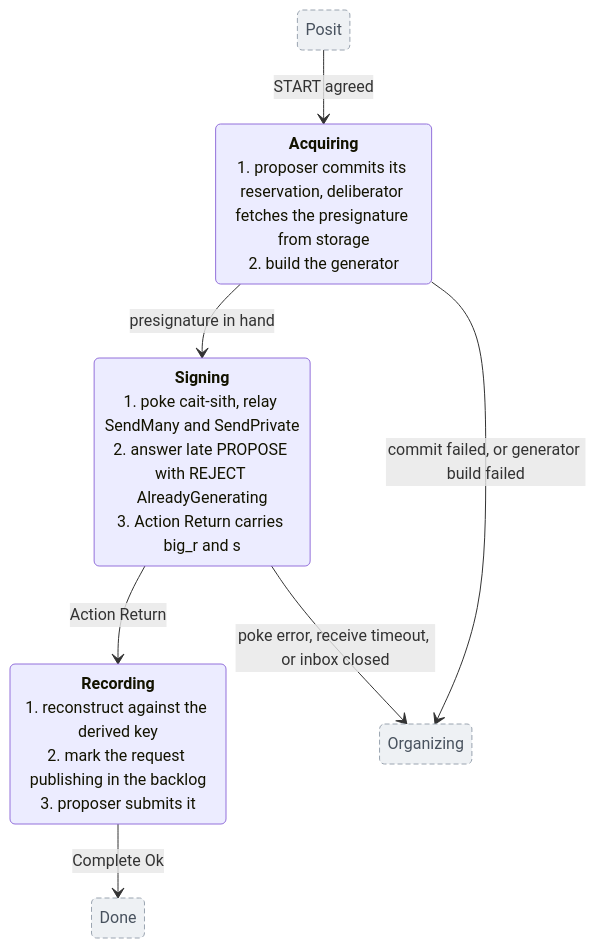
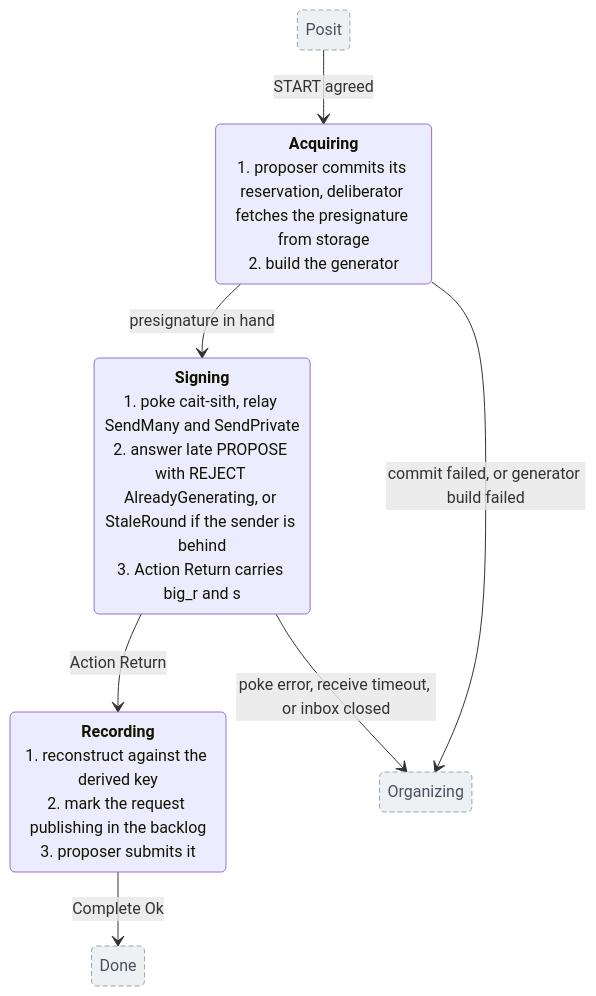
One commit to sig-net/mpc changed the fifth of 6 diagrams in doc/posit_state_machine.md. Above: the diagram before and after it, drawn with Mermaid. The commit also changed other lines of this file and 1 other file, not shown here.

````diff
--- a/doc/posit_state_machine.md
+++ b/doc/posit_state_machine.md
@@ -208,21 +207,21 @@
 ```mermaid
 stateDiagram-v2
     state "<b>Acquiring</b><br/>1. proposer commits its reservation, deliberator fetches the presignature from storage<br/>2. build the generator" as Acquiring
-    state "<b>Signing</b><br/>1. poke cait-sith, relay SendMany and SendPrivate<br/>2. answer late PROPOSE with REJECT AlreadyGenerating<br/>3. Action Return carries big_r and s" as Signing
+    state "<b>Signing</b><br/>1. poke cait-sith, relay SendMany and SendPrivate<br/>2. answer late PROPOSE with REJECT AlreadyGenerating, or StaleRound if the sender is behind<br/>3. Action Return carries big_r and s" as Signing
     state "<b>Recording</b><br/>1. reconstruct against the derived key<br/>2. mark the request publishing in the backlog<br/>3. proposer submits it" as Recording
     state "Posit" as PositIn
     state "Done" as DoneOut
     state "Organizing" as OrgOut
 
     PositIn --> Acquiring: START agreed
 
     Acquiring --> Signing: presignature in hand
     Signing --> Recording: Action Return
     Recording --> DoneOut: Complete Ok
 
     Acquiring --> OrgOut: commit failed, or generator build failed
     Signing --> OrgOut: poke error, receive timeout, or inbox closed
 
     classDef outside fill:#eef1f4,stroke:#9aa4b0,color:#48525e,stroke-dasharray:5 3
     class PositIn,DoneOut,OrgOut outside
 ```
````
